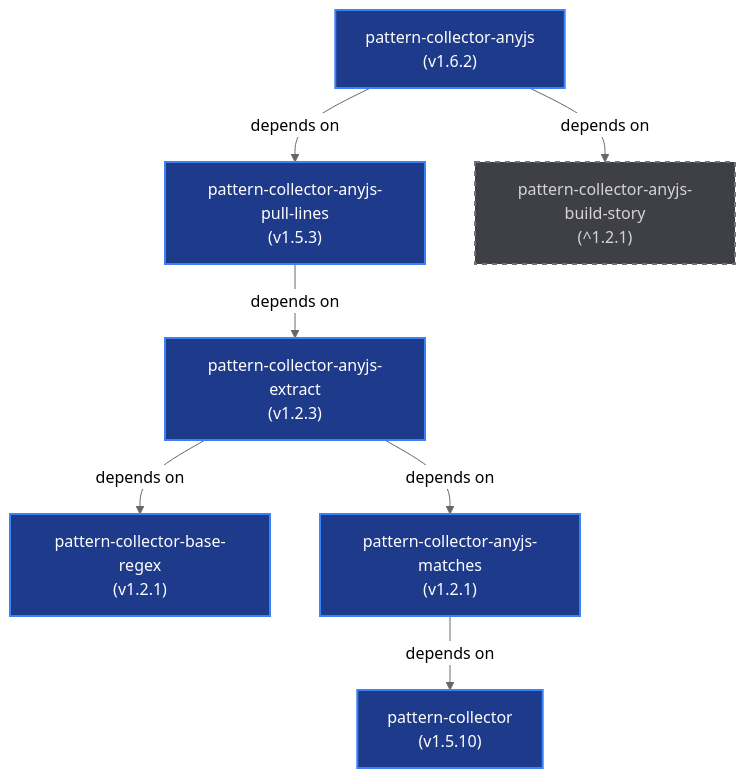
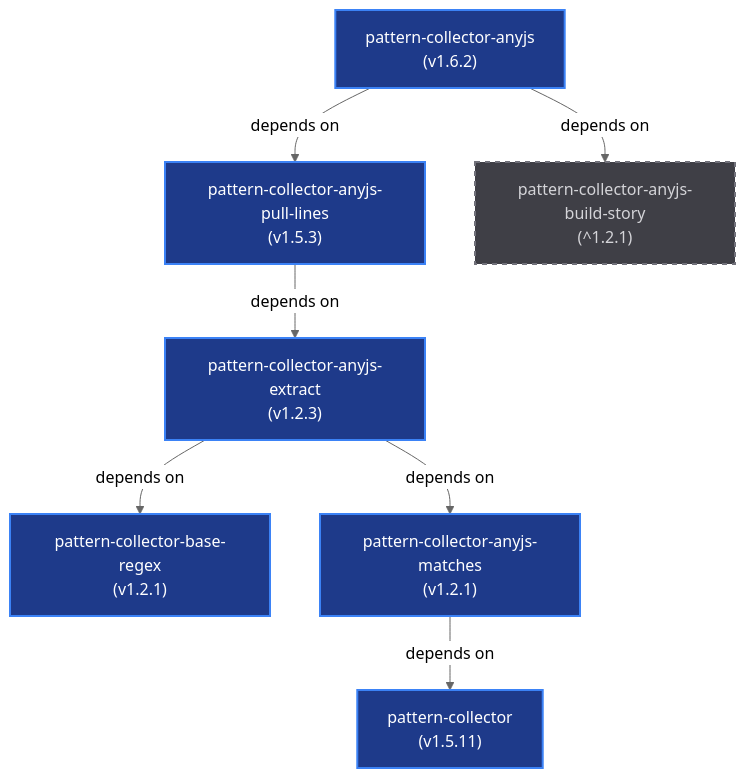
The diagram in anyjs_repository_analysis.md (keshavsoft/pattern-collector-anyjs), drawn with Mermaid (neutral theme) before and after one commit. The commit also changed other lines of this file and 1 other file, not shown here.

Commit message:
chore: update pattern-collector version to 1.5.11 in repository analysis and lockfile

````diff
--- a/anyjs_repository_analysis.md
+++ b/anyjs_repository_analysis.md
@@ -14,28 +14,28 @@
 ```mermaid
 graph TD
     classDef default fill:#1f2937,stroke:#374151,stroke-width:1px,color:#f3f4f6;
     classDef active fill:#1e3a8a,stroke:#3b82f6,stroke-width:2px,color:#ffffff;
     classDef external fill:#3f3f46,stroke:#71717a,stroke-width:2px,color:#d4d4d8,stroke-dasharray: 5 5;
 
     %% Nodes
-    PC["pattern-collector<br>(v1.5.10)"]:::active
+    PC["pattern-collector<br>(v1.5.11)"]:::active
     PCBR["pattern-collector-base-regex<br>(v1.2.1)"]:::active
     PCAJ["pattern-collector-anyjs<br>(v1.6.2)"]:::active
     PCAJE["pattern-collector-anyjs-extract<br>(v1.2.3)"]:::active
     PCAJM["pattern-collector-anyjs-matches<br>(v1.2.1)"]:::active
     PCAJPL["pattern-collector-anyjs-pull-lines<br>(v1.5.3)"]:::active
     
     %% External Nodes
     PCAJBS["pattern-collector-anyjs-build-story<br>(^1.2.1)"]:::external
 
     %% Edges
     PCAJ -->|depends on| PCAJBS
     PCAJ -->|depends on| PCAJPL
     
     PCAJPL -->|depends on| PCAJE
     
     PCAJE -->|depends on| PCAJM
     PCAJE -->|depends on| PCBR
     
     PCAJM -->|depends on| PC
 ```
````
